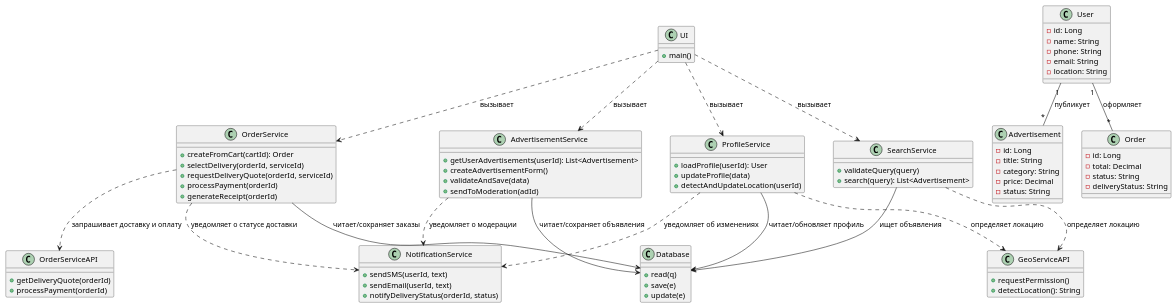
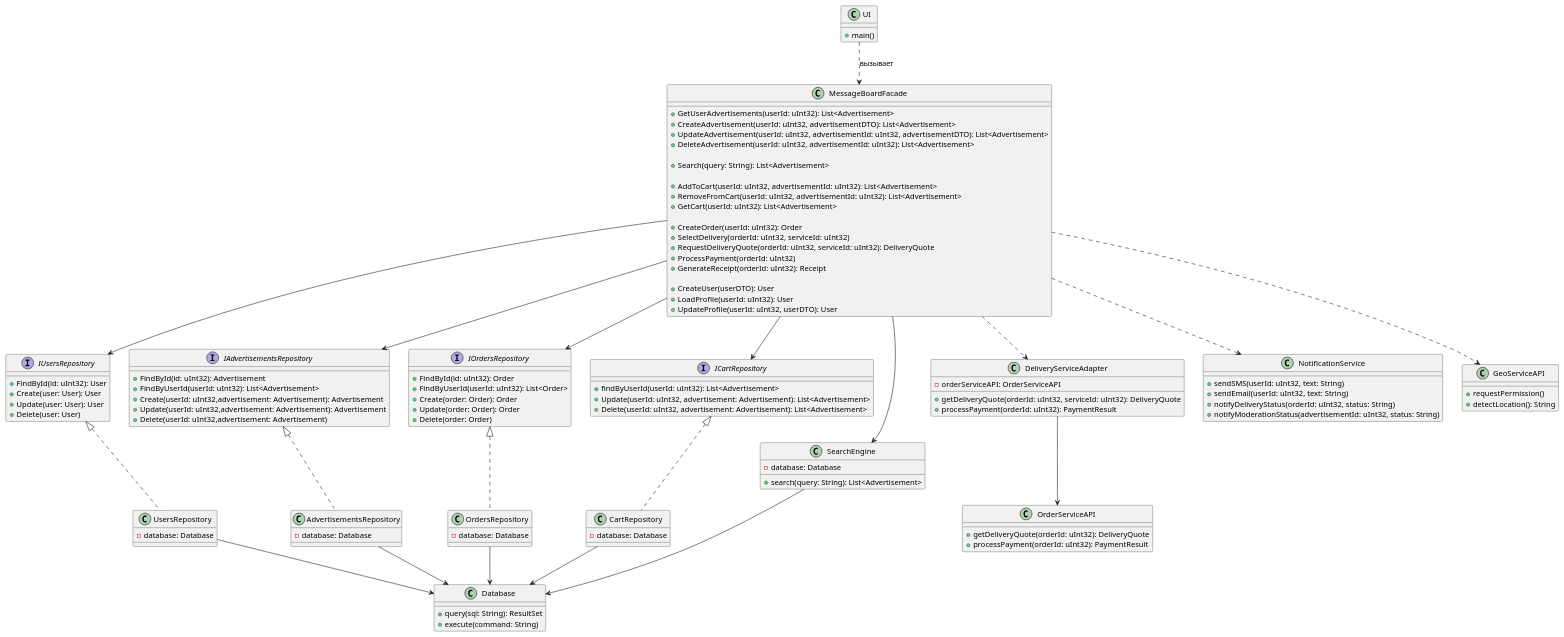
One commit to penamarth/bsbo-02-23_team3_var13_messboard changed the diagram in Диаграмма предментой области (диаграмма классов).md. Above: the diagram before and after it, drawn with PlantUML.

Commit message:
Update Диаграмма предметной области (классов)

````diff
--- a/Диаграмма предментой области (диаграмма классов).md
+++ b/Диаграмма предментой области (диаграмма классов).md
@@ -4,70 +4,102 @@
   + main()
 }
 
-class User {
-  - id: Long
-  - name: String
-  - phone: String
-  - email: String
-  - location: String
+class MessageBoardFacade {
+  + GetUserAdvertisements(userId: uInt32): List<Advertisement>
+  + CreateAdvertisement(userId: uInt32, advertisementDTO): List<Advertisement>
+  + UpdateAdvertisement(userId: uInt32, advertisementId: uInt32, advertisementDTO): List<Advertisement>
+  + DeleteAdvertisement(userId: uInt32, advertisementId: uInt32): List<Advertisement>
+
+  + Search(query: String): List<Advertisement>
+
+  + AddToCart(userId: uInt32, advertisementId: uInt32): List<Advertisement>
+  + RemoveFromCart(userId: uInt32, advertisementId: uInt32): List<Advertisement>
+  + GetCart(userId: uInt32): List<Advertisement>
+
+  + CreateOrder(userId: uInt32): Order
+  + SelectDelivery(orderId: uInt32, serviceId: uInt32)
+  + RequestDeliveryQuote(orderId: uInt32, serviceId: uInt32): DeliveryQuote
+  + ProcessPayment(orderId: uInt32)
+  + GenerateReceipt(orderId: uInt32): Receipt
+
+  + CreateUser(userDTO): User
+  + LoadProfile(userId: uInt32): User
+  + UpdateProfile(userId: uInt32, userDTO): User
 }
 
-class Advertisement {
-  - id: Long
-  - title: String
-  - category: String
-  - price: Decimal
-  - status: String
+
+
+interface IUsersRepository {
+  + FindById(id: uInt32): User
+  + Create(user: User): User
+  + Update(user: User): User
+  + Delete(user: User)
 }
 
-class Order {
-  - id: Long
-  - total: Decimal
-  - status: String
-  - deliveryStatus: String
+interface IAdvertisementsRepository {
+  + FindById(id: uInt32): Advertisement
+  + FindByUserId(userId: uInt32): List<Advertisement>
+  + Create(userId: uInt32,advertisement: Advertisement): Advertisement
+  + Update(userId: uInt32,advertisement: Advertisement): Advertisement
+  + Delete(userId: uInt32,advertisement: Advertisement)
 }
 
-class AdvertisementService {
-  + getUserAdvertisements(userId): List<Advertisement>
-  + createAdvertisementForm()
-  + validateAndSave(data)
-  + sendToModeration(adId)
+interface IOrdersRepository {
+  + FindById(id: uInt32): Order
+  + FindByUserId(userId: uInt32): List<Order>
+  + Create(order: Order): Order
+  + Update(order: Order): Order
+  + Delete(order: Order)
 }
 
-class SearchService {
-  + validateQuery(query)
-  + search(query): List<Advertisement>
+interface ICartRepository {
+  + findByUserId(userId: uInt32): List<Advertisement>
+  + Update(userId: uInt32, advertisement: Advertisement): List<Advertisement>
+  + Delete(userId: uInt32, advertisement: Advertisement): List<Advertisement>
 }
 
-class OrderService {
-  + createFromCart(cartId): Order
-  + selectDelivery(orderId, serviceId)
-  + requestDeliveryQuote(orderId, serviceId)
-  + processPayment(orderId)
-  + generateReceipt(orderId)
+class UsersRepository implements IUsersRepository{
+  - database: Database
 }
 
-class ProfileService {
-  + loadProfile(userId): User
-  + updateProfile(data)
-  + detectAndUpdateLocation(userId)
+class AdvertisementsRepository implements IAdvertisementsRepository {
+  - database: Database
+}
+
+class OrdersRepository implements IOrdersRepository {
+  - database: Database
+}
+
+class CartRepository implements ICartRepository {
+  - database: Database
+}
+
+class SearchEngine {
+  - database: Database
+  + search(query: String): List<Advertisement>
+}
+
+class DeliveryServiceAdapter {
+  - orderServiceAPI: OrderServiceAPI
+  + getDeliveryQuote(orderId: uInt32, serviceId: uInt32): DeliveryQuote
+  + processPayment(orderId: uInt32): PaymentResult
+}
+
+class NotificationService {
+  + sendSMS(userId: uInt32, text: String)
+  + sendEmail(userId: uInt32, text: String)
+  + notifyDeliveryStatus(orderId: uInt32, status: String)
+  + notifyModerationStatus(advertisementId: uInt32, status: String)
+}
+
+class Database {
+  + query(sql: String): ResultSet
+  + execute(command: String)
 }
 
 class OrderServiceAPI {
-  + getDeliveryQuote(orderId)
-  + processPayment(orderId)
-}
-
-class NotificationService {
-  + sendSMS(userId, text)
-  + sendEmail(userId, text)
-  + notifyDeliveryStatus(orderId, status)
-}
-
-class Database {
-  + read(q)
-  + save(e)
-  + update(e)
+  + getDeliveryQuote(orderId: uInt32): DeliveryQuote
+  + processPayment(orderId: uInt32): PaymentResult
 }
 
 class GeoServiceAPI {
@@ -75,26 +107,23 @@
   + detectLocation(): String
 }
 
-UI ..> AdvertisementService : вызывает
-UI ..> SearchService : вызывает
-UI ..> OrderService : вызывает
-UI ..> ProfileService : вызывает
+UI ..> MessageBoardFacade : вызывает
 
-User "1" -- "*" Advertisement : публикует
-User "1" -- "*" Order : оформляет
+MessageBoardFacade --> IUsersRepository
+MessageBoardFacade --> IAdvertisementsRepository
+MessageBoardFacade --> IOrdersRepository
+MessageBoardFacade --> ICartRepository
+MessageBoardFacade --> SearchEngine
+MessageBoardFacade ..> NotificationService
+MessageBoardFacade ..> DeliveryServiceAdapter
+MessageBoardFacade ..> GeoServiceAPI
 
-AdvertisementService --> Database : читает/сохраняет объявления
-AdvertisementService ..> NotificationService : уведомляет о модерации
+UsersRepository --> Database
+AdvertisementsRepository --> Database
+OrdersRepository --> Database
+CartRepository --> Database
+SearchEngine --> Database
 
-SearchService --> Database : ищет объявления
-SearchService ..> GeoServiceAPI : определяет локацию
-
-OrderService --> Database : читает/сохраняет заказы
-OrderService ..> OrderServiceAPI : запрашивает доставку и оплату
-OrderService ..> NotificationService : уведомляет о статусе доставки
-
-ProfileService --> Database : читает/обновляет профиль
-ProfileService ..> GeoServiceAPI : определяет локацию
-ProfileService ..> NotificationService : уведомляет об изменениях
+DeliveryServiceAdapter --> OrderServiceAPI
 @enduml
 ```
````
